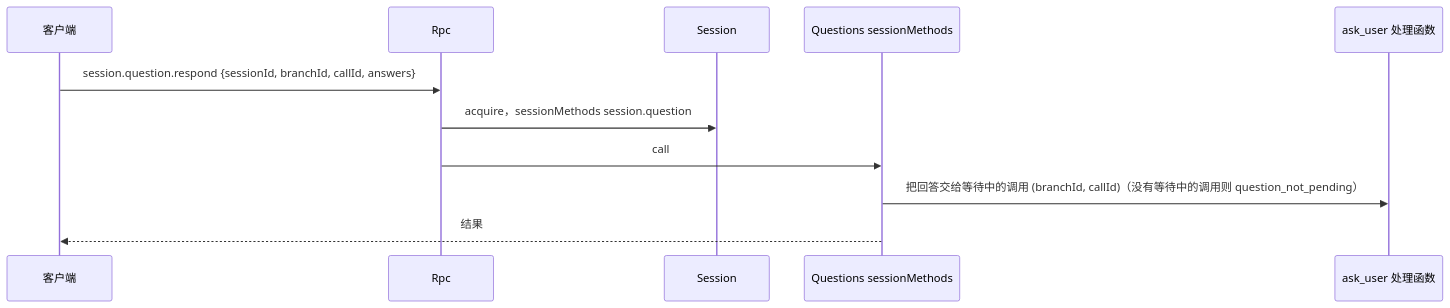
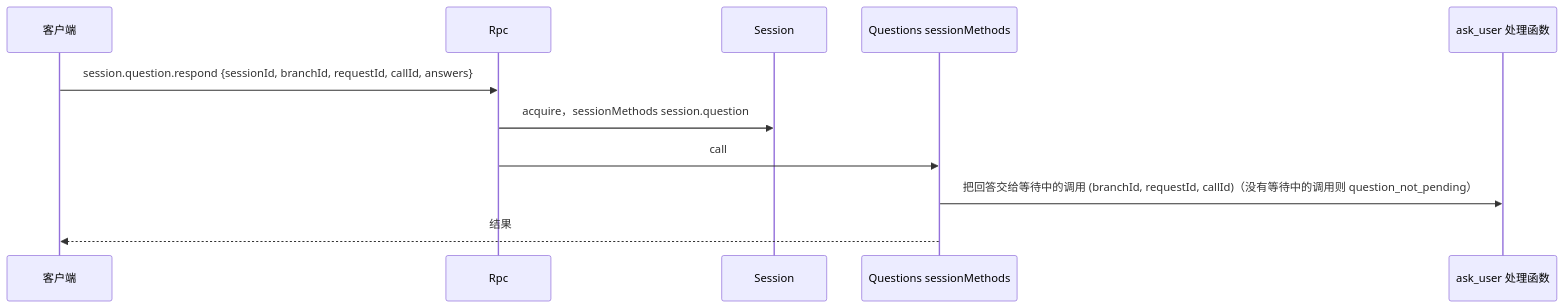
The sixth of 8 diagrams in docs/zh/design/overview.md (CoutinhoTTS/dim-agent), drawn with Mermaid before and after one commit. The commit also changed 5 other files, not shown here.

First line of the commit message:
docs(questions): name a waiting call by its model request id (#144)

````diff
--- a/docs/zh/design/overview.md
+++ b/docs/zh/design/overview.md
@@ -253,13 +253,13 @@
 ```mermaid
 sequenceDiagram
   participant CL as 客户端
   participant Rpc as Rpc
   participant S as Session
   participant QS as Questions sessionMethods
   participant H as ask_user 处理函数
-  CL->>Rpc: session.question.respond {sessionId, branchId, callId, answers}
+  CL->>Rpc: session.question.respond {sessionId, branchId, requestId, callId, answers}
   Rpc->>S: acquire，sessionMethods session.question
   Rpc->>QS: call
-  QS->>H: 把回答交给等待中的调用 (branchId, callId)（没有等待中的调用则 question_not_pending）
+  QS->>H: 把回答交给等待中的调用 (branchId, requestId, callId)（没有等待中的调用则 question_not_pending）
   QS-->>CL: 结果
 ```
````
